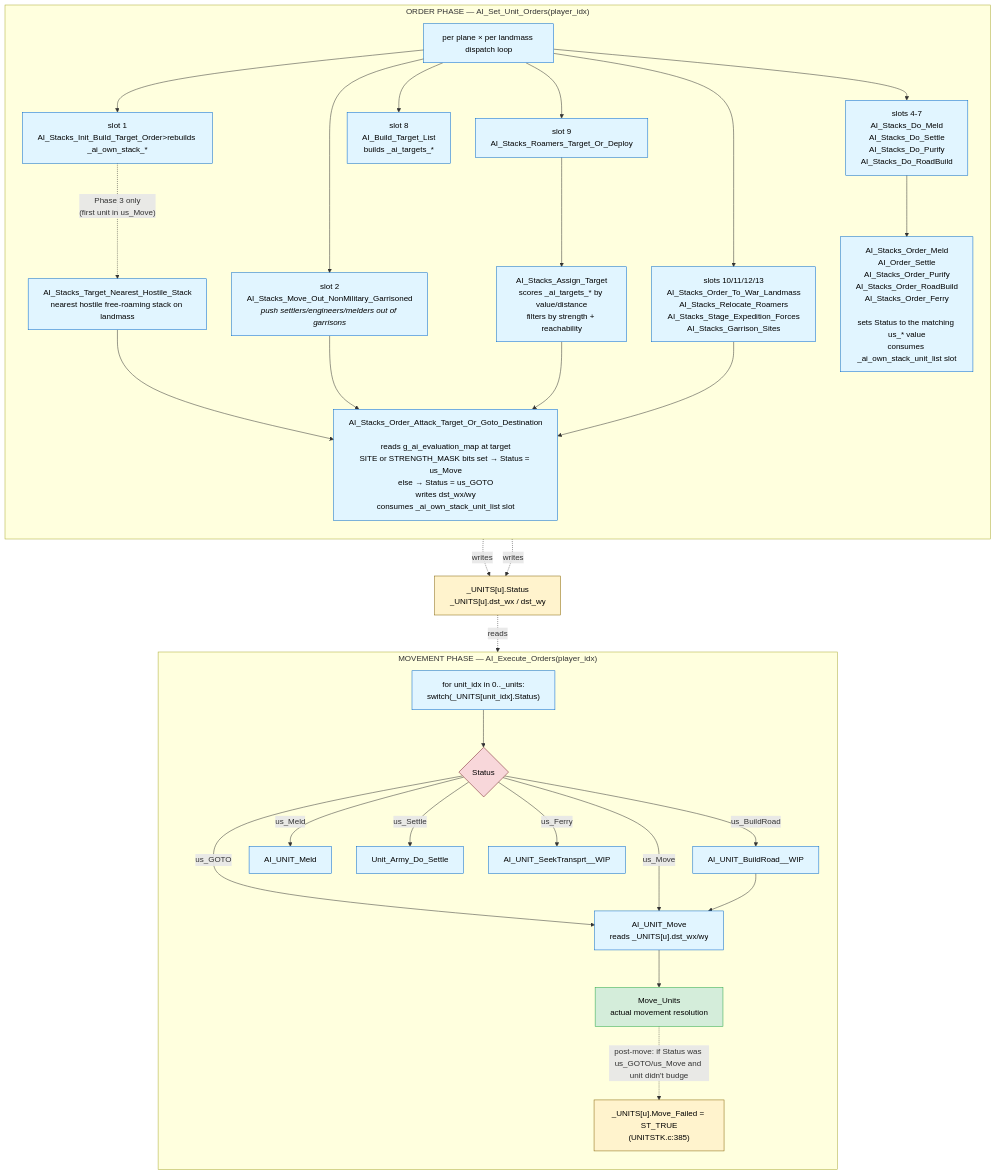
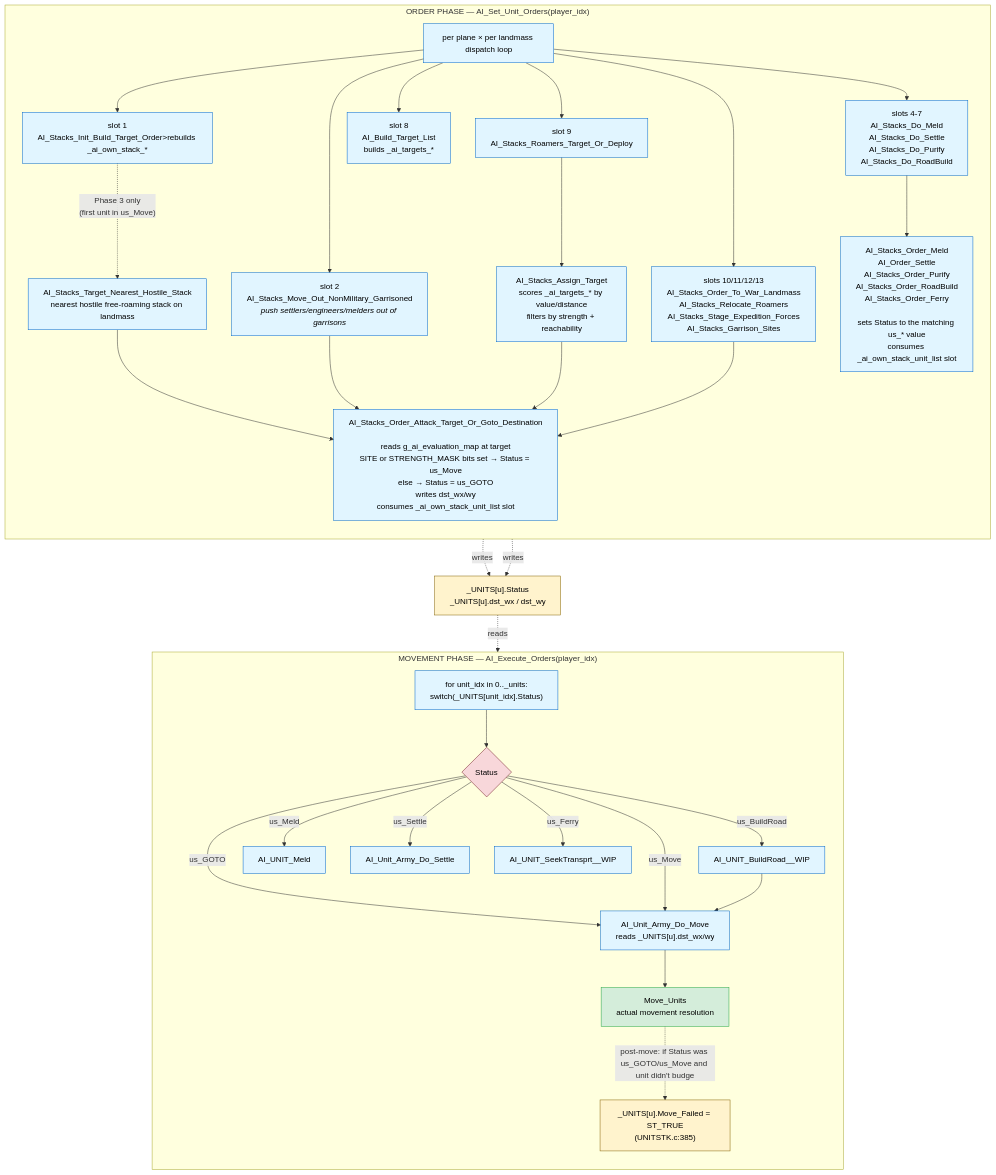
The second of 3 diagrams in doc/ComputerPlayer/AI-Turn-Diagrams.md (jbalcomb/ReMoM), drawn with Mermaid before and after one commit. The commit also changed other lines of this file and 14 other files, not shown here.

Commit message:
done-done AI_Unit_Army_Do_Move()

````diff
--- a/doc/ComputerPlayer/AI-Turn-Diagrams.md
+++ b/doc/ComputerPlayer/AI-Turn-Diagrams.md
@@ -39,56 +39,56 @@
 ```mermaid
 flowchart TD
     classDef phase fill:#f5f5f5,stroke:#666,stroke-width:2px,color:#000
     classDef func fill:#e1f5ff,stroke:#0066cc,color:#000
     classDef state fill:#fff3cd,stroke:#856404,color:#000
     classDef terminal fill:#d4edda,stroke:#28a745,color:#000
     classDef gate fill:#f8d7da,stroke:#721c24,color:#000
 
     subgraph PhaseOrders["ORDER PHASE — AI_Set_Unit_Orders(player_idx)"]
         direction TB
         Dispatch["per plane × per landmass dispatch loop"]:::func
 
         Dispatch --> Slot1["slot 1<br/>AI_Stacks_Init_Build_Target_Order>rebuilds _ai_own_stack_*</i>"]:::func
         Dispatch --> Slot2["slot 2<br/>AI_Stacks_Move_Out_NonMilitary_Garrisoned<br/><i>push settlers/engineers/melders out of garrisons</i>"]:::func
         Dispatch --> Slots4_7["slots 4-7<br/>AI_Stacks_Do_Meld<br/>AI_Stacks_Do_Settle<br/>AI_Stacks_Do_Purify<br/>AI_Stacks_Do_RoadBuild"]:::func
         Dispatch --> Slot8["slot 8<br/>AI_Build_Target_List<br/>builds _ai_targets_*"]:::func
         Dispatch --> Slot9["slot 9<br/>AI_Stacks_Roamers_Target_Or_Deploy"]:::func
         Dispatch --> SlotsRally["slots 10/11/12/13<br/>AI_Stacks_Order_To_War_Landmass<br/>AI_Stacks_Relocate_Roamers<br/>AI_Stacks_Stage_Expedition_Forces<br/>AI_Stacks_Garrison_Sites"]:::func
 
         Slot1 -. "Phase 3 only<br/>(first unit in us_Move)" .-> FindNearest["AI_Stacks_Target_Nearest_Hostile_Stack<br/>nearest hostile free-roaming stack on landmass"]:::func
         FindNearest --> SetTgt
 
         Slot2 --> SetTgt
         Slot9 --> AssignTgt["AI_Stacks_Assign_Target<br/>scores _ai_targets_* by value/distance<br/>filters by strength + reachability"]:::func
         AssignTgt --> SetTgt
         SlotsRally --> SetTgt
 
         SetTgt["AI_Stacks_Order_Attack_Target_Or_Goto_Destination<br/><br/>reads g_ai_evaluation_map at target<br/>SITE or STRENGTH_MASK bits set → Status = us_Move<br/>else → Status = us_GOTO<br/>writes dst_wx/wy<br/>consumes _ai_own_stack_unit_list slot"]:::func
 
         Slots4_7 --> OrderXxx["AI_Stacks_Order_Meld<br/>AI_Order_Settle<br/>AI_Stacks_Order_Purify<br/>AI_Stacks_Order_RoadBuild<br/>AI_Stacks_Order_Ferry<br/><br/>sets Status to the matching us_* value<br/>consumes _ai_own_stack_unit_list slot"]:::func
     end
 
     SetTgt -. "writes" .-> UnitFields
     OrderXxx -. "writes" .-> UnitFields
 
     UnitFields["_UNITS[u].Status<br/>_UNITS[u].dst_wx / dst_wy"]:::state
 
     subgraph PhaseMove["MOVEMENT PHASE — AI_Execute_Orders(player_idx)"]
         direction TB
         MoveLoop["for unit_idx in 0.._units:<br/>switch(_UNITS[unit_idx].Status)"]:::func
         MoveLoop --> StatusGate{Status}:::gate
         StatusGate -- "us_GOTO" --> UnitMove
         StatusGate -- "us_Move" --> UnitMove
         StatusGate -- "us_BuildRoad" --> BuildRoad["AI_UNIT_BuildRoad__WIP"]:::func
         BuildRoad --> UnitMove
         StatusGate -- "us_Meld" --> UnitMeld["AI_UNIT_Meld"]:::func
-        StatusGate -- "us_Settle" --> UnitSettle["Unit_Army_Do_Settle"]:::func
+        StatusGate -- "us_Settle" --> UnitSettle["AI_Unit_Army_Do_Settle"]:::func
         StatusGate -- "us_Ferry" --> UnitSeek["AI_UNIT_SeekTransprt__WIP"]:::func
 
-        UnitMove["AI_UNIT_Move<br/>reads _UNITS[u].dst_wx/wy"]:::func --> MoveUnits["Move_Units<br/>actual movement resolution"]:::terminal
+        UnitMove["AI_Unit_Army_Do_Move<br/>reads _UNITS[u].dst_wx/wy"]:::func --> MoveUnits["Move_Units<br/>actual movement resolution"]:::terminal
 
         MoveUnits -. "post-move: if Status was us_GOTO/us_Move and unit didn't budge" .-> MoveFailed["_UNITS[u].Move_Failed = ST_TRUE<br/>(UNITSTK.c:385)"]:::state
     end
 
     UnitFields -. "reads" .-> MoveLoop
 ```
````
